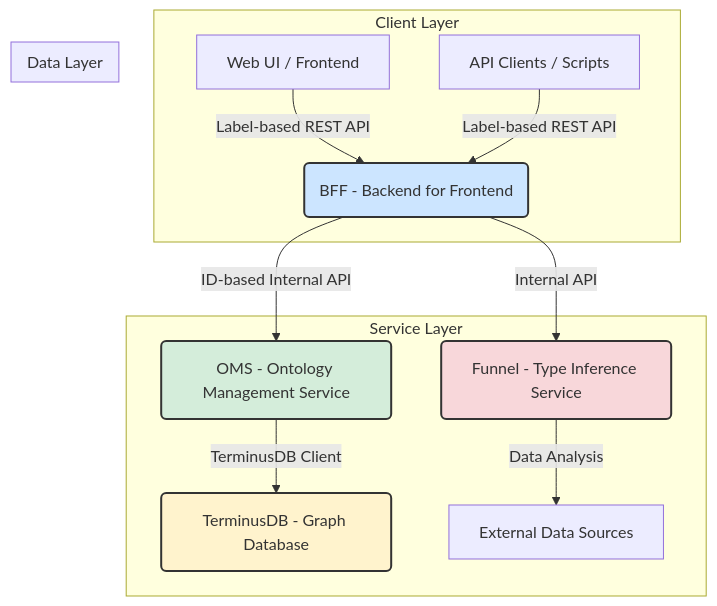
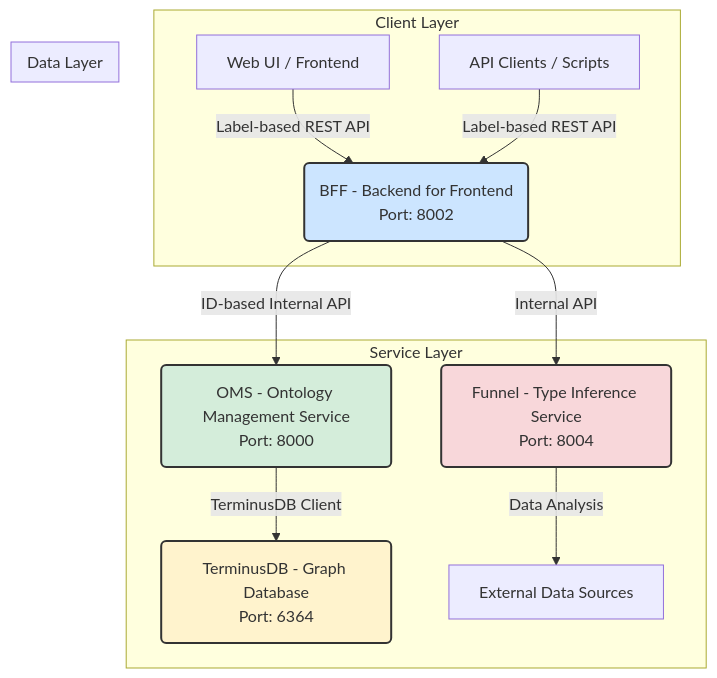
The first of 4 diagrams in docs/ARCHITECTURE.md (ludia8888/SPICE-Harvester), drawn with Mermaid before and after one commit. The commit also changed other lines of this file and 35 other files, not shown here.

````diff
--- a/docs/ARCHITECTURE.md
+++ b/docs/ARCHITECTURE.md
@@ -15,24 +58,24 @@
 ```mermaid
 graph TD
     subgraph "Client Layer"
         A[Web UI / Frontend] -->|Label-based REST API| B;
         C[API Clients / Scripts] -->|Label-based REST API| B;
     end
 
     subgraph "Service Layer"
-        B(BFF - Backend for Frontend) -->|ID-based Internal API| D;
+        B(BFF - Backend for Frontend<br/>Port: 8002) -->|ID-based Internal API| D;
         B -->|Internal API| E;
 
-        D(OMS - Ontology Management Service) -->|TerminusDB Client| F;
-        E(Funnel - Type Inference Service) -->|Data Analysis| G[External Data Sources];
+        D(OMS - Ontology Management Service<br/>Port: 8000) -->|TerminusDB Client| F;
+        E(Funnel - Type Inference Service<br/>Port: 8004) -->|Data Analysis| G[External Data Sources];
     end
 
     subgraph "Data Layer"
-        F(TerminusDB - Graph Database);
+        F(TerminusDB - Graph Database<br/>Port: 6364);
     end
 
     style B fill:#cce5ff,stroke:#333,stroke-width:2px
     style D fill:#d4edda,stroke:#333,stroke-width:2px
     style E fill:#f8d7da,stroke:#333,stroke-width:2px
     style F fill:#fff3cd,stroke:#333,stroke-width:2px
 ```
````
